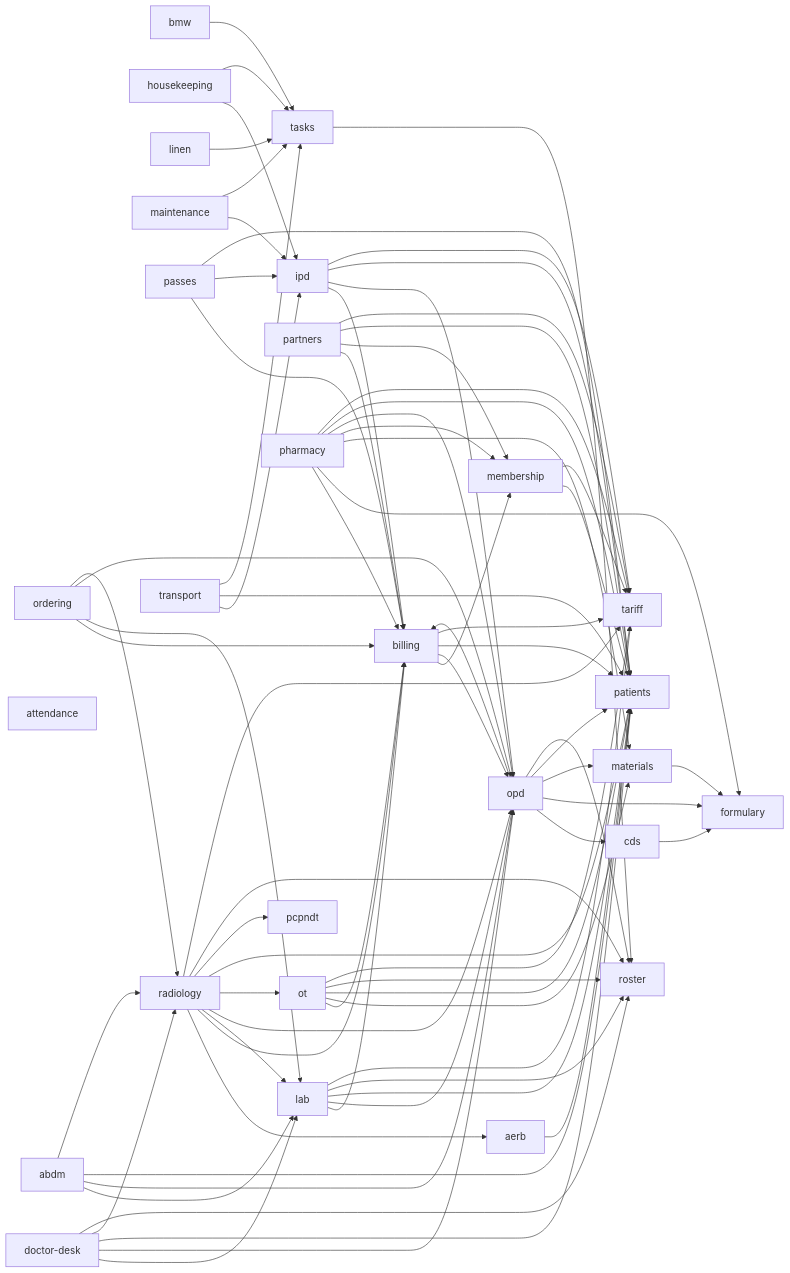
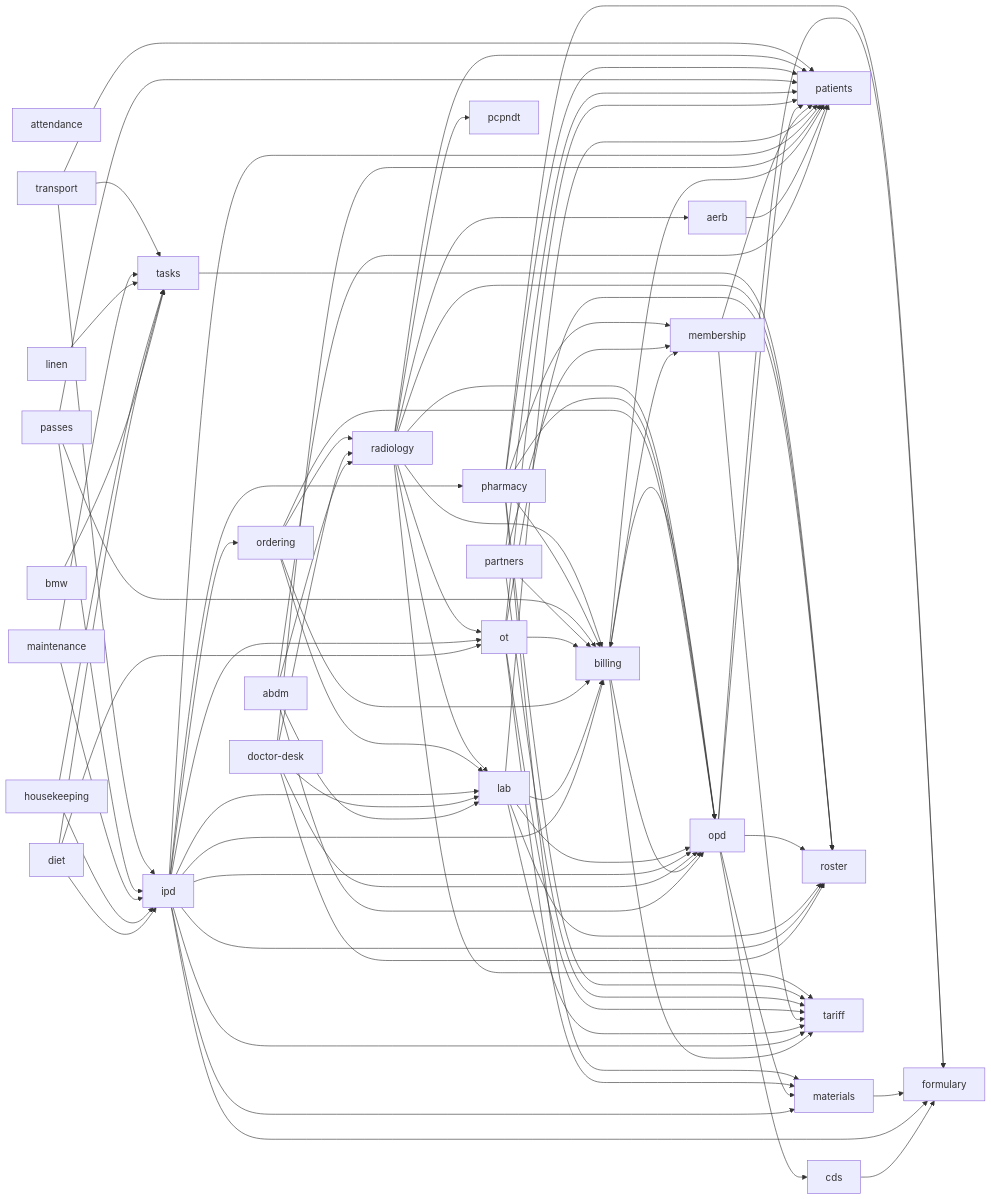
Before and after one commit to ankits3a/hims-hmis: the second of 2 diagrams in docs/architecture/README.md, drawn with Mermaid. The commit also changed other lines of this file and 28 other files, not shown here.

```diff
--- a/docs/architecture/README.md
+++ b/docs/architecture/README.md
@@ -36,6 +36,7 @@
   billing[billing]
   bmw[bmw]
   cds[cds]
+  diet[diet]
   doctor_desk[doctor-desk]
   formulary[formulary]
   housekeeping[housekeeping]
@@ -69,6 +70,9 @@
   billing --> tariff
   bmw --> tasks
   cds --> formulary
+  diet --> ipd
+  diet --> ot
+  diet --> tasks
   doctor_desk --> lab
   doctor_desk --> opd
   doctor_desk --> patients
@@ -77,8 +81,15 @@
   housekeeping --> ipd
   housekeeping --> tasks
   ipd --> billing
+  ipd --> formulary
+  ipd --> lab
+  ipd --> materials
   ipd --> opd
+  ipd --> ordering
+  ipd --> ot
   ipd --> patients
+  ipd --> pharmacy
+  ipd --> roster
   ipd --> tariff
   lab --> billing
   lab --> opd
```
